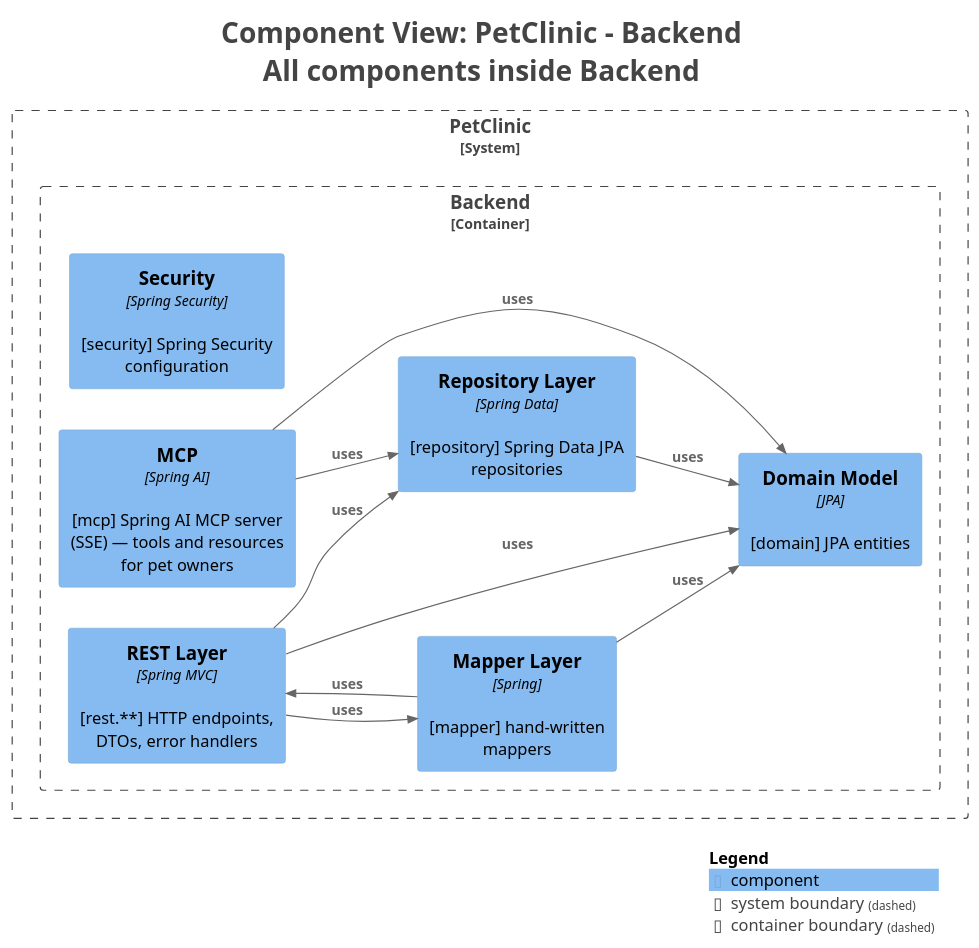
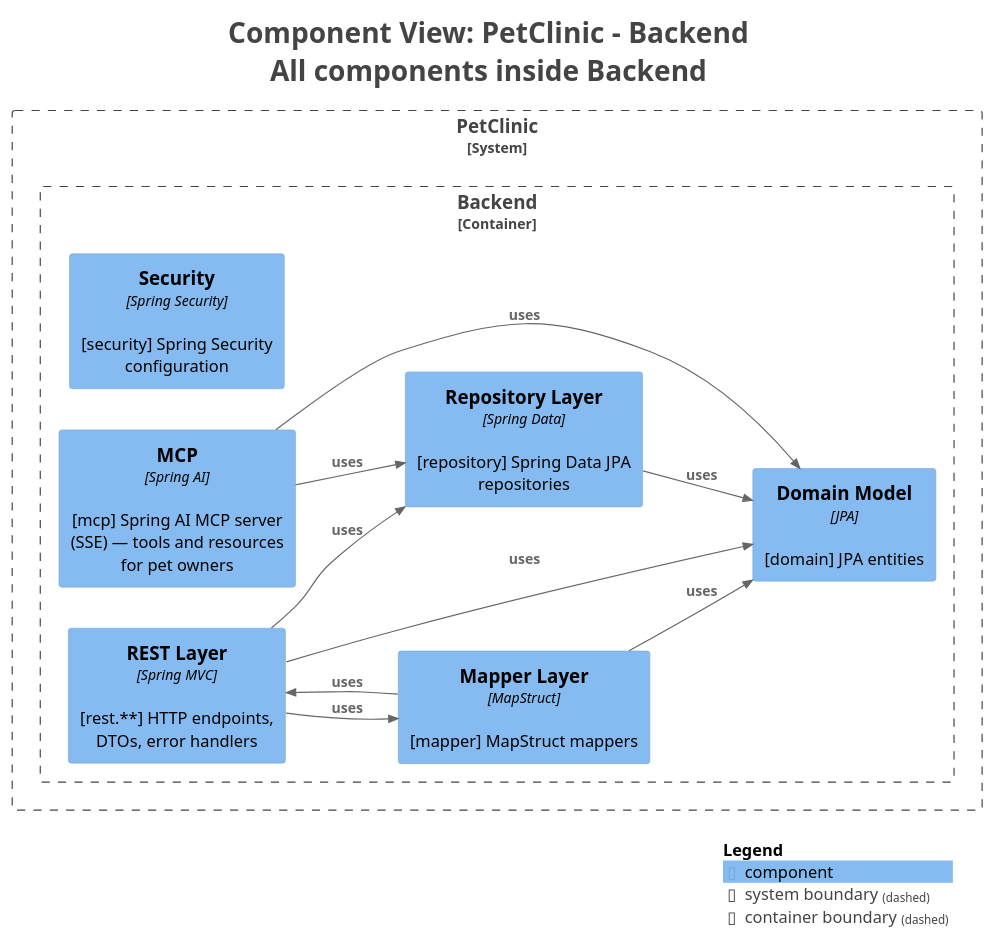
One commit to victorrentea/petclinic changed the diagram in petclinic-backend/docs/generated/c4views/C3-Components-All.puml. Above: the diagram before and after it, drawn with PlantUML. The commit also changed 107 other files, not shown here.

```diff
--- a/petclinic-backend/docs/generated/c4views/C3-Components-All.puml
+++ b/petclinic-backend/docs/generated/c4views/C3-Components-All.puml
@@ -1,41 +1,41 @@
 @startuml
 title <size:24>Component View: PetClinic - Backend</size>\n<size:24>All components inside Backend</size>
 
 set separator none
 left to right direction
 
 <style>
   root {
     BackgroundColor: #ffffff
     FontColor: #444444
   }
 </style>
 
 !include <C4/C4>
 !include <C4/C4_Context>
 !include <C4/C4_Component>
 
 System_Boundary("PetClinic_boundary", "PetClinic", $tags="") {
   Container_Boundary("PetClinic.Backend_boundary", "Backend", $tags="") {
     Component(PetClinic.Backend.Security, "Security", $techn="Spring Security", $descr="[security] Spring Security configuration", $tags="", $link="")
     Component(PetClinic.Backend.MCP, "MCP", $techn="Spring AI", $descr="[mcp] Spring AI MCP server (SSE) — tools and resources for pet owners", $tags="", $link="")
     Component(PetClinic.Backend.RESTLayer, "REST Layer", $techn="Spring MVC", $descr="[rest.**] HTTP endpoints, DTOs, error handlers", $tags="", $link="")
     Component(PetClinic.Backend.DomainModel, "Domain Model", $techn="JPA", $descr="[domain] JPA entities", $tags="", $link="")
     Component(PetClinic.Backend.RepositoryLayer, "Repository Layer", $techn="Spring Data", $descr="[repository] Spring Data JPA repositories", $tags="", $link="")
-    Component(PetClinic.Backend.MapperLayer, "Mapper Layer", $techn="Spring", $descr="[mapper] hand-written mappers", $tags="", $link="")
+    Component(PetClinic.Backend.MapperLayer, "Mapper Layer", $techn="MapStruct", $descr="[mapper] MapStruct mappers", $tags="", $link="")
   }
 
 }
 
 Rel(PetClinic.Backend.RESTLayer, PetClinic.Backend.MapperLayer, "uses", $techn="", $tags="", $link="")
 Rel(PetClinic.Backend.RESTLayer, PetClinic.Backend.DomainModel, "uses", $techn="", $tags="", $link="")
 Rel(PetClinic.Backend.RESTLayer, PetClinic.Backend.RepositoryLayer, "uses", $techn="", $tags="", $link="")
 Rel(PetClinic.Backend.MapperLayer, PetClinic.Backend.RESTLayer, "uses", $techn="", $tags="", $link="")
 Rel(PetClinic.Backend.MapperLayer, PetClinic.Backend.DomainModel, "uses", $techn="", $tags="", $link="")
 Rel(PetClinic.Backend.RepositoryLayer, PetClinic.Backend.DomainModel, "uses", $techn="", $tags="", $link="")
 Rel(PetClinic.Backend.MCP, PetClinic.Backend.DomainModel, "uses", $techn="", $tags="", $link="")
 Rel(PetClinic.Backend.MCP, PetClinic.Backend.RepositoryLayer, "uses", $techn="", $tags="", $link="")
 
 SHOW_LEGEND(true)
 hide stereotypes
 @enduml
```
